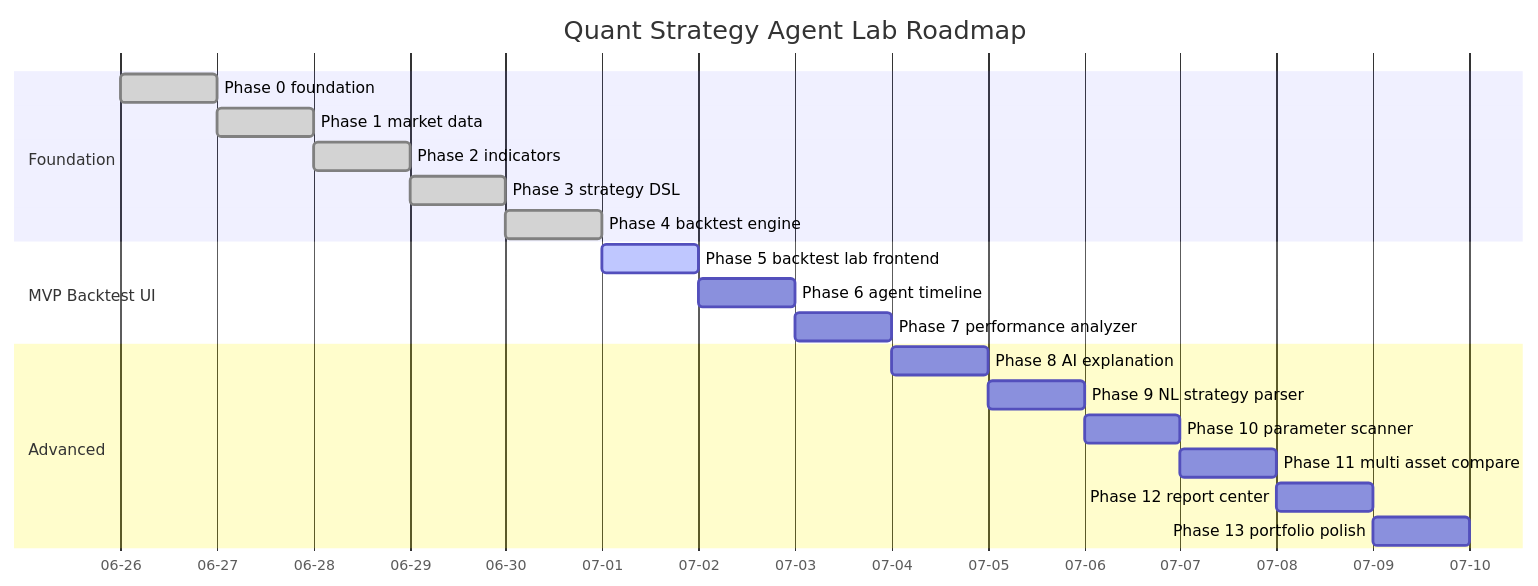
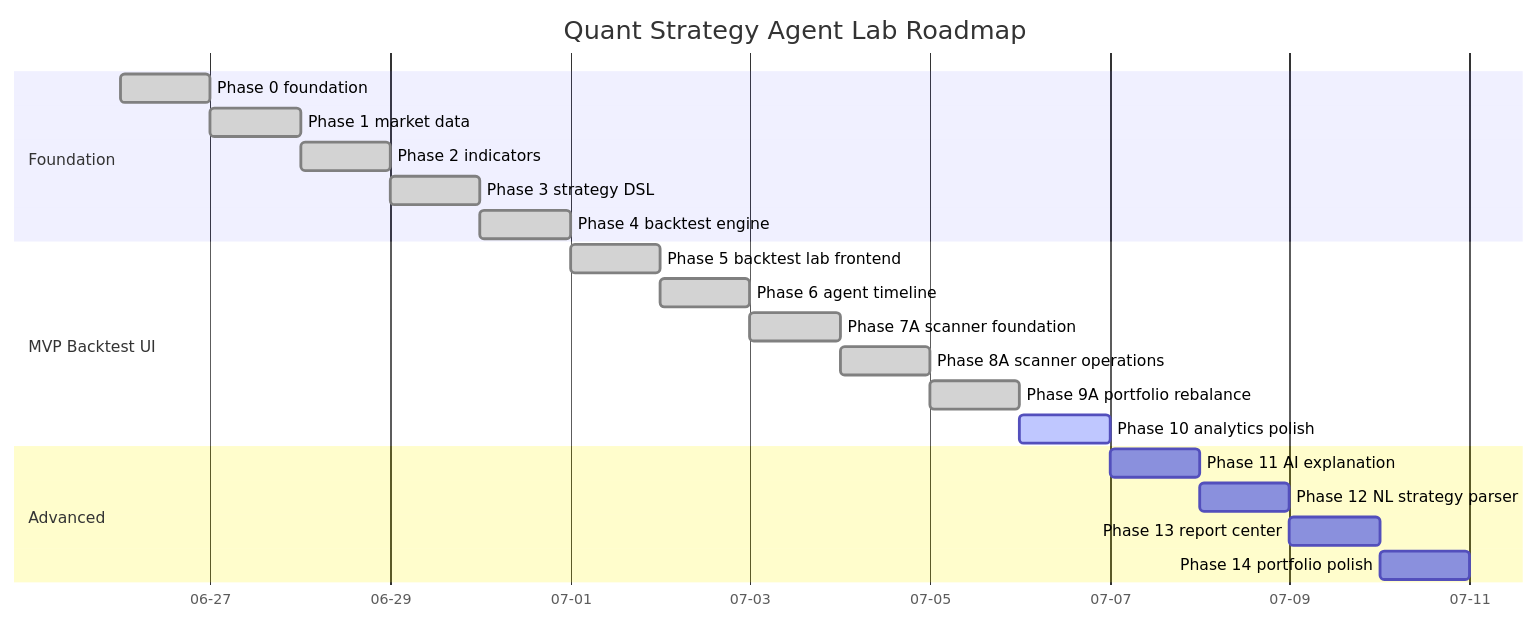
Before and after one commit to Justin21523/quant-strategy-agent-lab: the diagram in docs/ROADMAP.md, drawn with Mermaid. The commit also changed other lines of this file and 189 other files, not shown here.

````diff
--- a/docs/ROADMAP.md
+++ b/docs/ROADMAP.md
@@ -127,26 +157,27 @@
 ```mermaid
 gantt
     title Quant Strategy Agent Lab Roadmap
     dateFormat  YYYY-MM-DD
     axisFormat  %m-%d
 
     section Foundation
     Phase 0 foundation            :done, p0, 2026-06-26, 1d
     Phase 1 market data           :done, p1, after p0, 1d
     Phase 2 indicators            :done, p2, after p1, 1d
     Phase 3 strategy DSL          :done, p3, after p2, 1d
     Phase 4 backtest engine       :done, p4, after p3, 1d
 
     section MVP Backtest UI
-    Phase 5 backtest lab frontend :active, p5, after p4, 1d
-    Phase 6 agent timeline        :p6, after p5, 1d
-    Phase 7 performance analyzer  :p7, after p6, 1d
+    Phase 5 backtest lab frontend :done, p5, after p4, 1d
+    Phase 6 agent timeline        :done, p6, after p5, 1d
+    Phase 7A scanner foundation   :done, p7a, after p6, 1d
+    Phase 8A scanner operations   :done, p8a, after p7a, 1d
+    Phase 9A portfolio rebalance  :done, p9a, after p8a, 1d
+    Phase 10 analytics polish     :active, p10a, after p9a, 1d
 
     section Advanced
-    Phase 8 AI explanation        :p8, after p7, 1d
-    Phase 9 NL strategy parser    :p9, after p8, 1d
-    Phase 10 parameter scanner    :p10, after p9, 1d
-    Phase 11 multi asset compare  :p11, after p10, 1d
-    Phase 12 report center        :p12, after p11, 1d
-    Phase 13 portfolio polish     :p13, after p12, 1d
+    Phase 11 AI explanation       :p11, after p10a, 1d
+    Phase 12 NL strategy parser   :p12, after p11, 1d
+    Phase 13 report center        :p13, after p12, 1d
+    Phase 14 portfolio polish     :p14, after p13, 1d
 ```
````
